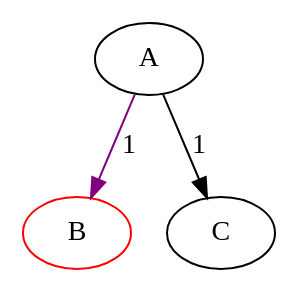
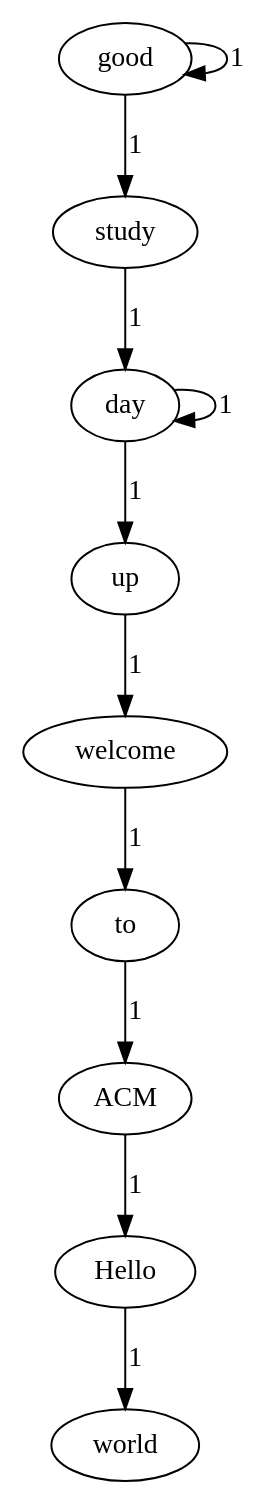
The diagram in tmp/graph.gv (ITloveyang/Lab4), drawn with Graphviz before and after one commit. The commit also changed 3 other files, not shown here.

```diff
--- a/tmp/graph.gv
+++ b/tmp/graph.gv
@@ -1,8 +1,22 @@
 digraph G{
-A[color=black];
-B[color=red];
-C[color=black];
+study[color=black];
+world[color=black];
+Hello[color=black];
+ACM[color=black];
+up[color=black];
+to[color=black];
+day[color=black];
+good[color=black];
+welcome[color=black];
 
-A->B[label=1, color=purple];
-A->C[label=1, color=black];
+study->day[label=1, color=black];
+Hello->world[label=1, color=black];
+ACM->Hello[label=1, color=black];
+up->welcome[label=1, color=black];
+to->ACM[label=1, color=black];
+day->day[label=1, color=black];
+day->up[label=1, color=black];
+good->good[label=1, color=black];
+good->study[label=1, color=black];
+welcome->to[label=1, color=black];
 }
```
